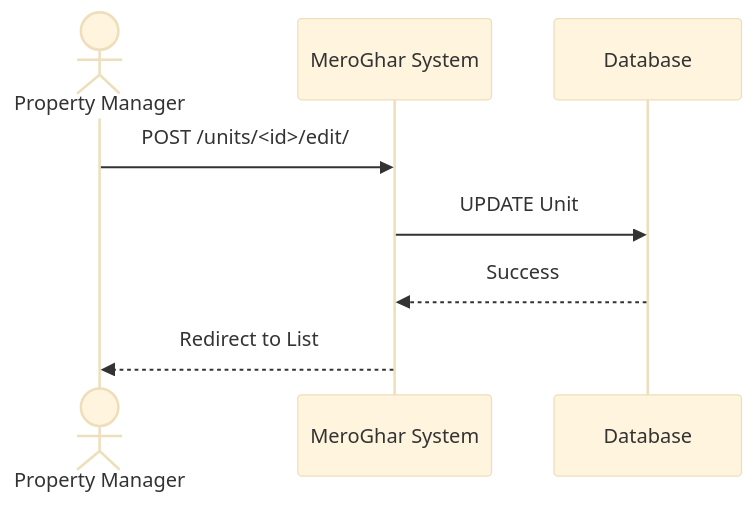
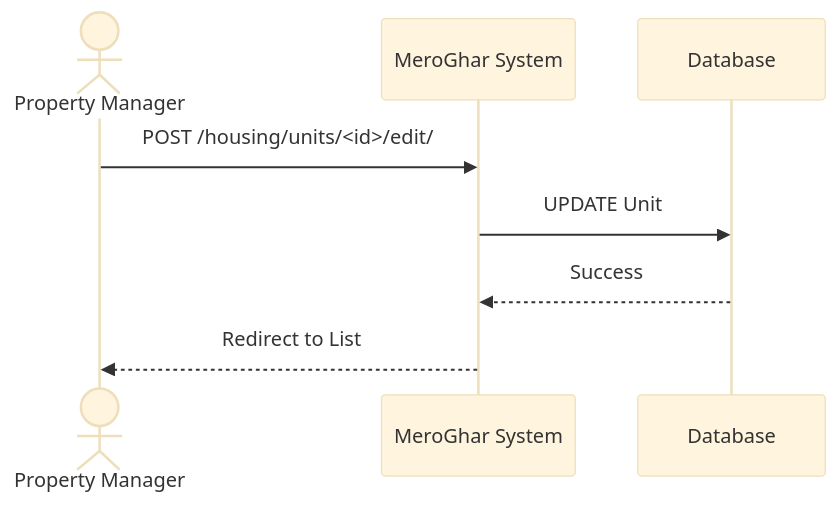
One commit to 0Ankit0/meroghar changed the third of 4 diagrams in docs/workflows/unit.md. Above: the diagram before and after it, drawn with Mermaid (base theme). The commit also changed other lines of this file and 10 other files, not shown here.

````diff
--- a/docs/workflows/unit.md
+++ b/docs/workflows/unit.md
@@ -56,11 +56,11 @@
 ```mermaid
 sequenceDiagram
     actor User as Property Manager
     participant System as MeroGhar System
     participant DB as Database
 
-    User->>System: POST /units/<id>/edit/
+    User->>System: POST /housing/units/<id>/edit/
     System->>DB: UPDATE Unit
     DB-->>System: Success
     System-->>User: Redirect to List
 ```
````
